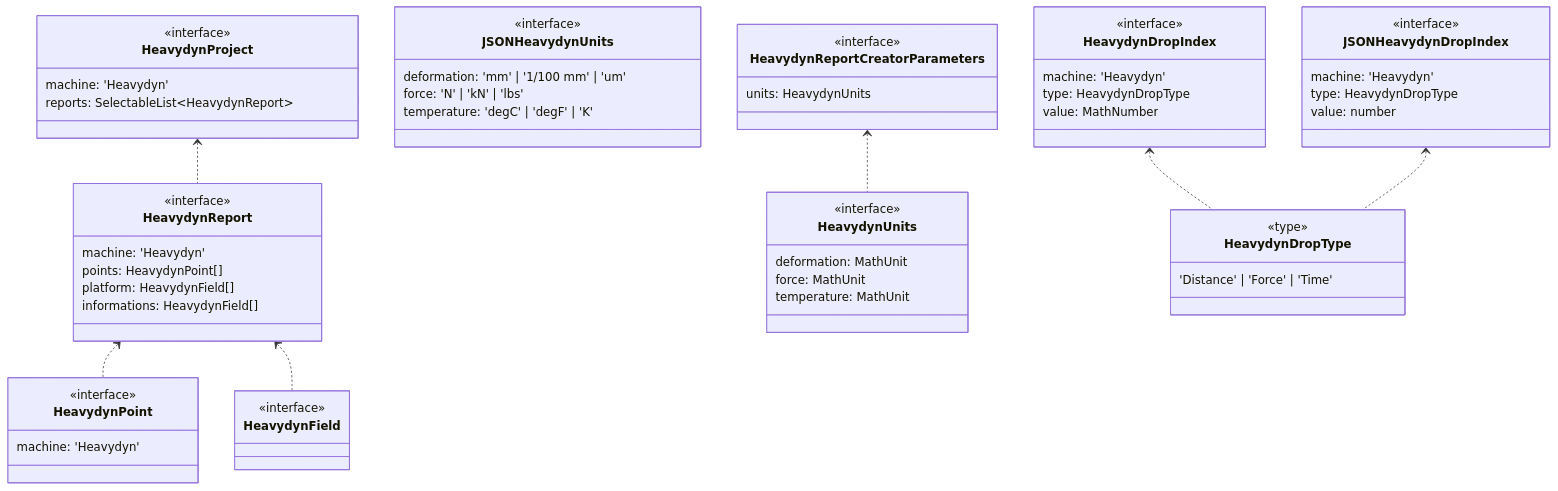
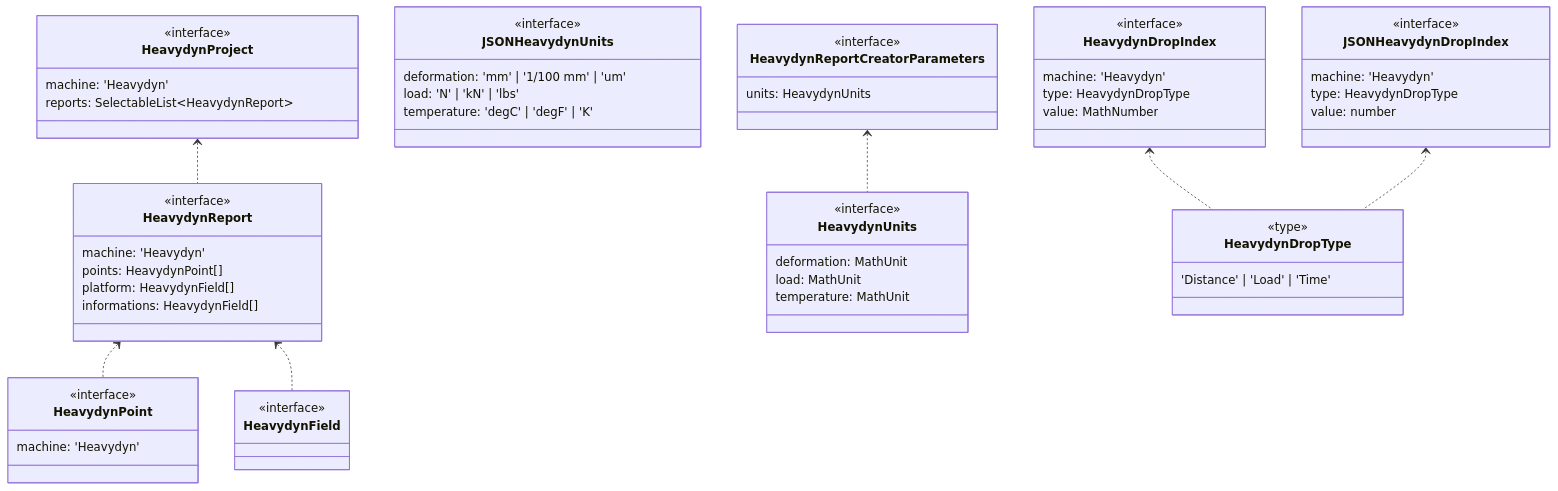
The diagram in docs/mermaid/onlyHeavydyn/types.mmd (gawlk/mapview), drawn with Mermaid before and after one commit. The commit also changed 87 other files, not shown here.

```diff
--- a/docs/mermaid/onlyHeavydyn/types.mmd
+++ b/docs/mermaid/onlyHeavydyn/types.mmd
@@ -1,82 +1,82 @@
 classDiagram
 class HeavydynField {
   <<interface>>
 
 }
 
 
 
 class HeavydynPoint {
   <<interface>>
   machine: 'Heavydyn'
 }
 
 
 
 class HeavydynProject {
   <<interface>>
   machine: 'Heavydyn'
   reports: SelectableList#60;HeavydynReport#62;
 }
 HeavydynProject <.. HeavydynReport
 
 
 class HeavydynUnits {
   <<interface>>
   deformation: MathUnit
-  force: MathUnit
+  load: MathUnit
   temperature: MathUnit
 }
 
 
 
 class JSONHeavydynUnits {
   <<interface>>
   deformation: 'mm' | '1/100 mm' | 'um'
-  force: 'N' | 'kN' | 'lbs'
+  load: 'N' | 'kN' | 'lbs'
   temperature: 'degC' | 'degF' | 'K'
 }
 
 
 
 class HeavydynReport {
   <<interface>>
   machine: 'Heavydyn'
   points: HeavydynPoint[]
   platform: HeavydynField[]
   informations: HeavydynField[]
 }
 HeavydynReport <.. HeavydynPoint
 HeavydynReport <.. HeavydynField
 
 
 class HeavydynReportCreatorParameters {
   <<interface>>
   units: HeavydynUnits
 }
 HeavydynReportCreatorParameters <.. HeavydynUnits
 
 
 class HeavydynDropType {
   <<type>>
-  'Distance' | 'Force' | 'Time'
+  'Distance' | 'Load' | 'Time'
 }
 
 
 
 class HeavydynDropIndex {
   <<interface>>
   machine: 'Heavydyn'
   type: HeavydynDropType
   value: MathNumber
 }
 HeavydynDropIndex <.. HeavydynDropType
 
 
 class JSONHeavydynDropIndex {
   <<interface>>
   machine: 'Heavydyn'
   type: HeavydynDropType
   value: number
 }
 JSONHeavydynDropIndex <.. HeavydynDropType
```
